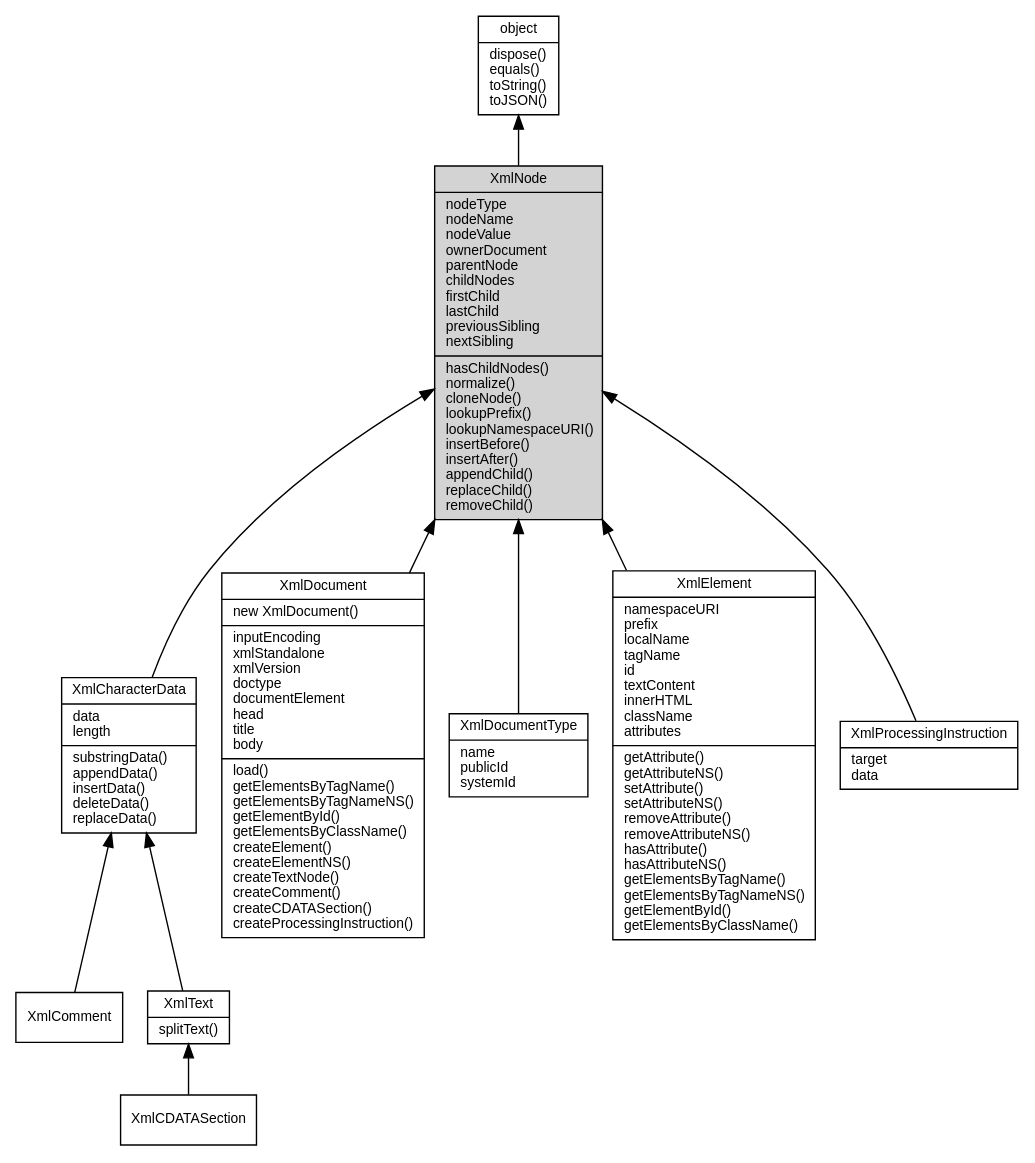
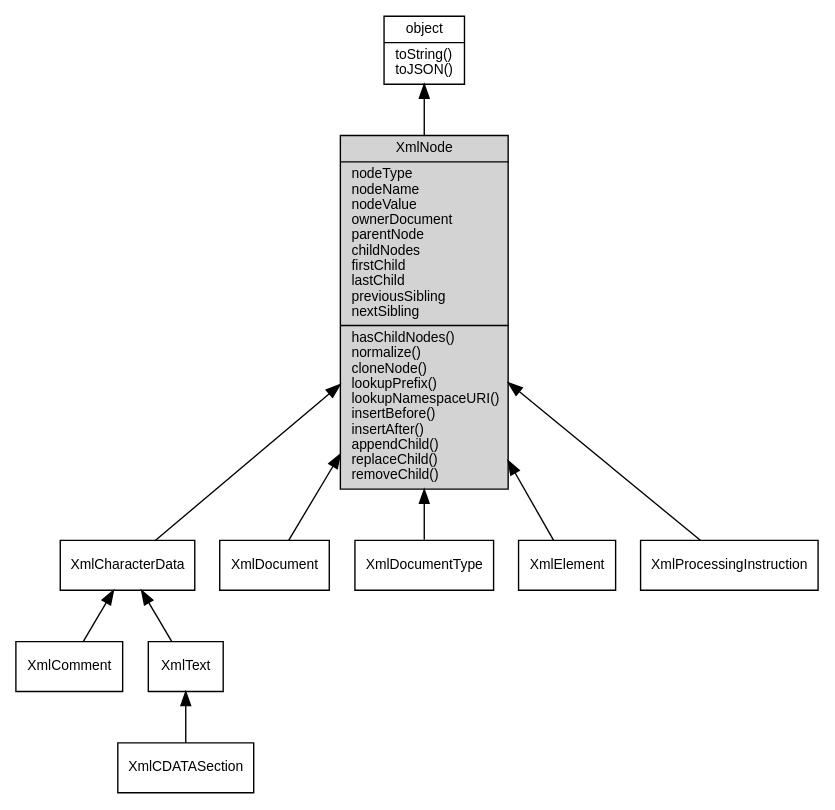
One commit to asionius/fibjs-ceph changed the diagram in docs/object/ifs/XmlNode.md. Above: the diagram before and after it, drawn with Graphviz. The commit also changed other lines of this file and 138 other files, not shown here.

````diff
--- a/docs/object/ifs/XmlNode.md
+++ b/docs/object/ifs/XmlNode.md
@@ -5,26 +5,26 @@
 ```dot
 digraph {
     node [fontname="Helvetica,sans-Serif", fontsize=10, shape="record", style="filled", fillcolor="white"];
 
-    object [tooltip="object", URL="object.md", label="{object|dispose()\lequals()\ltoString()\ltoJSON()\l}"];
-    XmlNode [tooltip="XmlNode", fillcolor="lightgray", label="{XmlNode|nodeType\lnodeName\lnodeValue\lownerDocument\lparentNode\lchildNodes\lfirstChild\llastChild\lpreviousSibling\lnextSibling\l|hasChildNodes()\lnormalize()\lcloneNode()\llookupPrefix()\llookupNamespaceURI()\linsertBefore()\linsertAfter()\lappendChild()\lreplaceChild()\lremoveChild()\l}"];
-    XmlCharacterData [tooltip="XmlCharacterData", URL="XmlCharacterData.md", label="{XmlCharacterData|data\llength\l|substringData()\lappendData()\linsertData()\ldeleteData()\lreplaceData()\l}"];
+    object [tooltip="object", URL="object.md", label="{object|toString()\ltoJSON()\l}"];
+    XmlNode [tooltip="XmlNode", fillcolor="lightgray", id="me", label="{XmlNode|nodeType\lnodeName\lnodeValue\lownerDocument\lparentNode\lchildNodes\lfirstChild\llastChild\lpreviousSibling\lnextSibling\l|hasChildNodes()\lnormalize()\lcloneNode()\llookupPrefix()\llookupNamespaceURI()\linsertBefore()\linsertAfter()\lappendChild()\lreplaceChild()\lremoveChild()\l}"];
+    XmlCharacterData [tooltip="XmlCharacterData", URL="XmlCharacterData.md", label="{XmlCharacterData}"];
     XmlComment [tooltip="XmlComment", URL="XmlComment.md", label="{XmlComment}"];
-    XmlText [tooltip="XmlText", URL="XmlText.md", label="{XmlText|splitText()\l}"];
+    XmlText [tooltip="XmlText", URL="XmlText.md", label="{XmlText}"];
     XmlCDATASection [tooltip="XmlCDATASection", URL="XmlCDATASection.md", label="{XmlCDATASection}"];
-    XmlDocument [tooltip="XmlDocument", URL="XmlDocument.md", label="{XmlDocument|new XmlDocument()\l|inputEncoding\lxmlStandalone\lxmlVersion\ldoctype\ldocumentElement\lhead\ltitle\lbody\l|load()\lgetElementsByTagName()\lgetElementsByTagNameNS()\lgetElementById()\lgetElementsByClassName()\lcreateElement()\lcreateElementNS()\lcreateTextNode()\lcreateComment()\lcreateCDATASection()\lcreateProcessingInstruction()\l}"];
-    XmlDocumentType [tooltip="XmlDocumentType", URL="XmlDocumentType.md", label="{XmlDocumentType|name\lpublicId\lsystemId\l}"];
-    XmlElement [tooltip="XmlElement", URL="XmlElement.md", label="{XmlElement|namespaceURI\lprefix\llocalName\ltagName\lid\ltextContent\linnerHTML\lclassName\lattributes\l|getAttribute()\lgetAttributeNS()\lsetAttribute()\lsetAttributeNS()\lremoveAttribute()\lremoveAttributeNS()\lhasAttribute()\lhasAttributeNS()\lgetElementsByTagName()\lgetElementsByTagNameNS()\lgetElementById()\lgetElementsByClassName()\l}"];
-    XmlProcessingInstruction [tooltip="XmlProcessingInstruction", URL="XmlProcessingInstruction.md", label="{XmlProcessingInstruction|target\ldata\l}"];
+    XmlDocument [tooltip="XmlDocument", URL="XmlDocument.md", label="{XmlDocument}"];
+    XmlDocumentType [tooltip="XmlDocumentType", URL="XmlDocumentType.md", label="{XmlDocumentType}"];
+    XmlElement [tooltip="XmlElement", URL="XmlElement.md", label="{XmlElement}"];
+    XmlProcessingInstruction [tooltip="XmlProcessingInstruction", URL="XmlProcessingInstruction.md", label="{XmlProcessingInstruction}"];
 
     object -> XmlNode [dir=back];
     XmlNode -> XmlCharacterData [dir=back];
     XmlCharacterData -> XmlComment [dir=back];
     XmlCharacterData -> XmlText [dir=back];
     XmlText -> XmlCDATASection [dir=back];
     XmlNode -> XmlDocument [dir=back];
     XmlNode -> XmlDocumentType [dir=back];
     XmlNode -> XmlElement [dir=back];
     XmlNode -> XmlProcessingInstruction [dir=back];
 }
 ```
````
